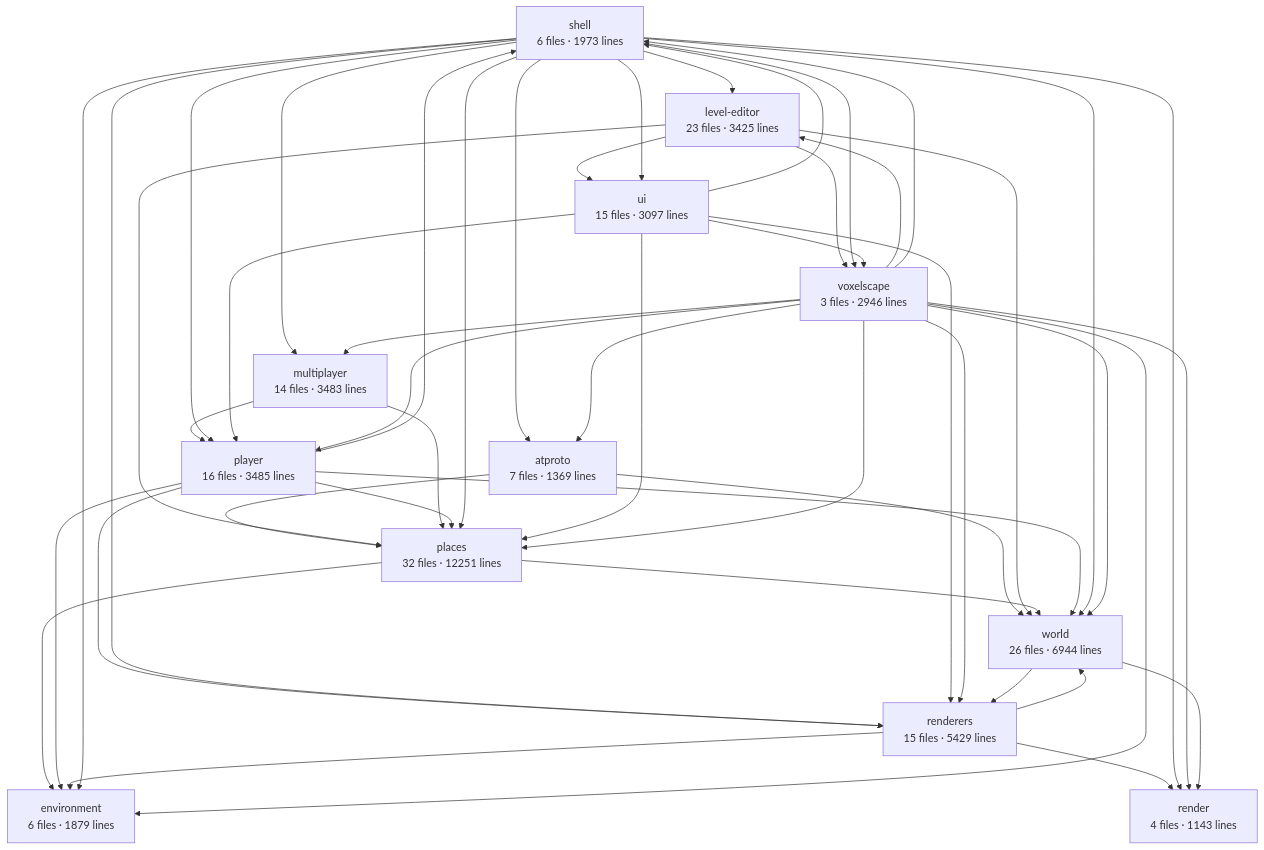
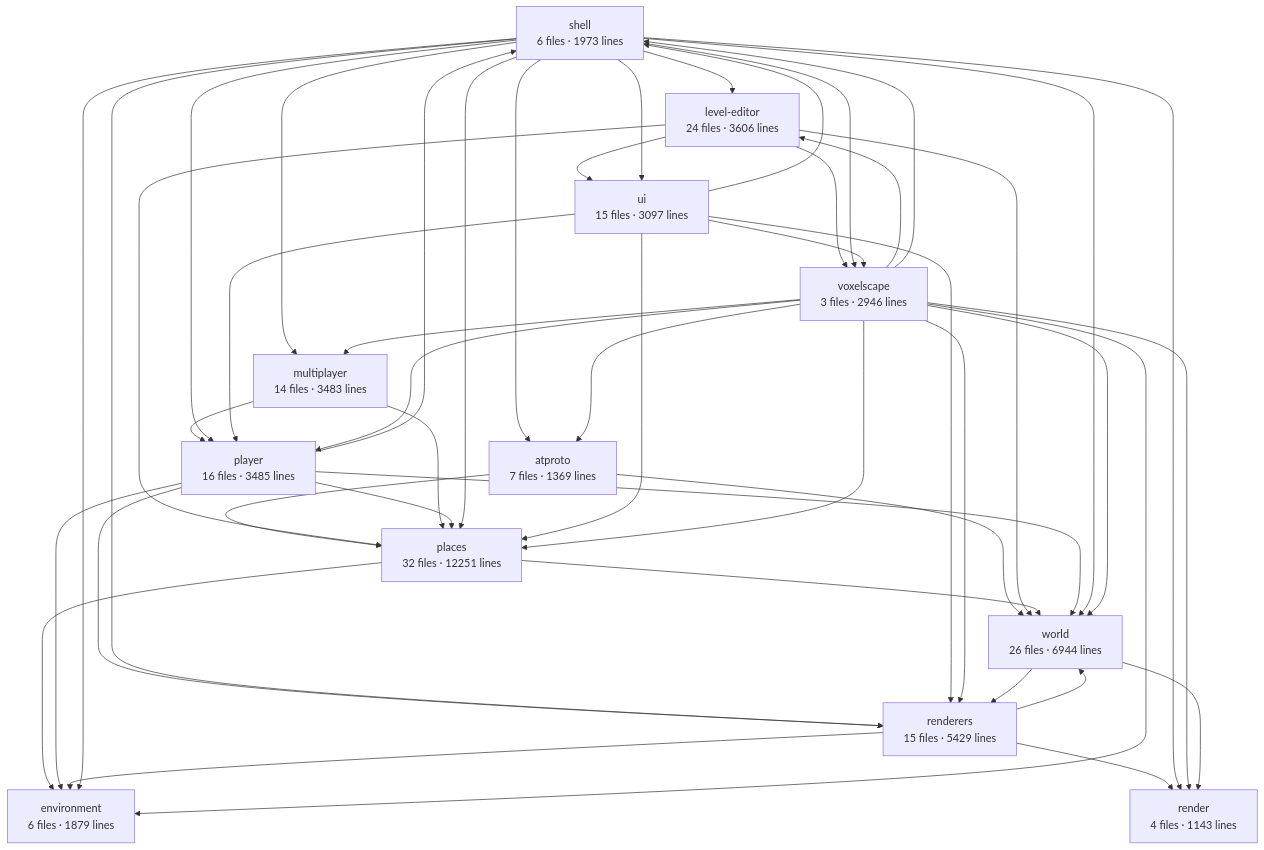
Before and after one commit to big-mesh-studios/big-mesh-studios: the diagram in apps/voxelscape/docs/architecture.md, drawn with Mermaid. The commit also changed other lines of this file and 11 other files, not shown here.

Commit message:
altered ui layout of level editor for mobile devices

````diff
--- a/apps/voxelscape/docs/architecture.md
+++ b/apps/voxelscape/docs/architecture.md
@@ -6,61 +6,61 @@
 ```mermaid
 graph TD
   shell["shell<br/>6 files · 1973 lines"]
   voxelscape["voxelscape<br/>3 files · 2946 lines"]
   world["world<br/>26 files · 6944 lines"]
   renderers["renderers<br/>15 files · 5429 lines"]
   render["render<br/>4 files · 1143 lines"]
   player["player<br/>16 files · 3485 lines"]
   multiplayer["multiplayer<br/>14 files · 3483 lines"]
   places["places<br/>32 files · 12251 lines"]
   environment["environment<br/>6 files · 1879 lines"]
   atproto["atproto<br/>7 files · 1369 lines"]
   ui["ui<br/>15 files · 3097 lines"]
-  level-editor["level-editor<br/>23 files · 3425 lines"]
+  level-editor["level-editor<br/>24 files · 3606 lines"]
   atproto --> places
   atproto --> world
   level-editor --> places
   level-editor --> ui
   level-editor --> voxelscape
   level-editor --> world
   multiplayer --> places
   multiplayer --> player
   places --> environment
   places --> world
   player --> environment
   player --> places
   player --> renderers
   player --> shell
   player --> world
   renderers --> environment
   renderers --> render
   renderers --> world
   shell --> atproto
   shell --> environment
   shell --> level-editor
   shell --> multiplayer
   shell --> places
   shell --> player
   shell --> render
   shell --> renderers
   shell --> ui
   shell --> voxelscape
   shell --> world
   ui --> places
   ui --> player
   ui --> renderers
   ui --> shell
   ui --> voxelscape
   voxelscape --> atproto
   voxelscape --> environment
   voxelscape --> level-editor
   voxelscape --> multiplayer
   voxelscape --> places
   voxelscape --> player
   voxelscape --> render
   voxelscape --> renderers
   voxelscape --> shell
   voxelscape --> world
   world --> render
   world --> renderers
 ```
````
